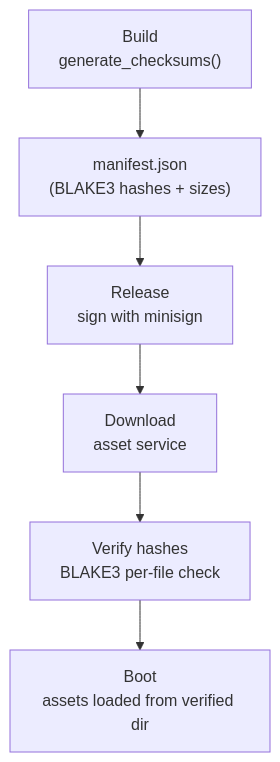
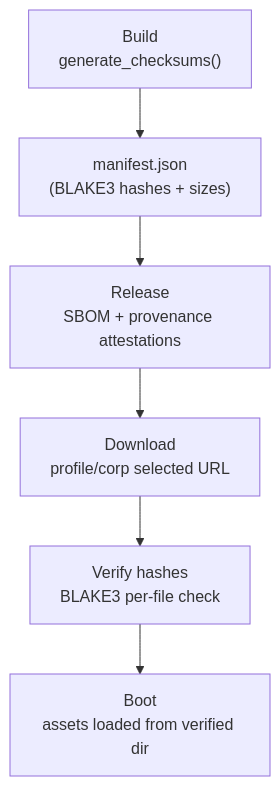
The second of 2 diagrams in docs/src/content/docs/security/build-verification.md (google/capsem), drawn with Mermaid before and after one commit. The commit also changed other lines of this file and 21 other files, not shown here.

Commit message:
chore: slim profile asset contract

````diff
--- a/docs/src/content/docs/security/build-verification.md
+++ b/docs/src/content/docs/security/build-verification.md
@@ -101,8 +101,8 @@
 ```mermaid
 graph TD
     A["Build<br/>generate_checksums()"] --> B["manifest.json<br/>(BLAKE3 hashes + sizes)"]
-    B --> C["Release<br/>sign with minisign"]
-    C --> D["Download<br/>asset service"]
+    B --> C["Release<br/>SBOM + provenance attestations"]
+    C --> D["Download<br/>profile/corp selected URL"]
     D --> E["Verify hashes<br/>BLAKE3 per-file check"]
     E --> F["Boot<br/>assets loaded from verified dir"]
 ```
````
